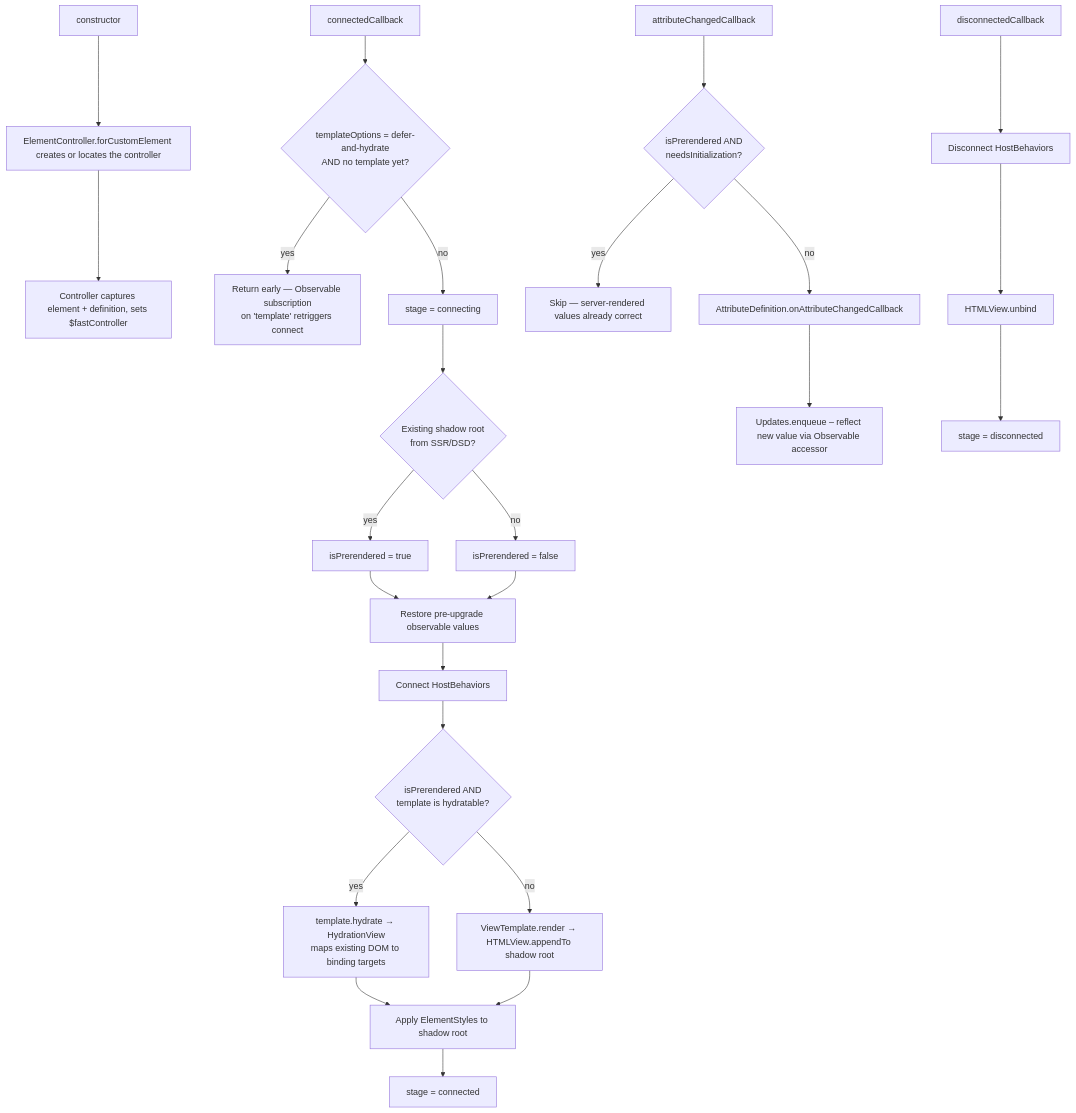
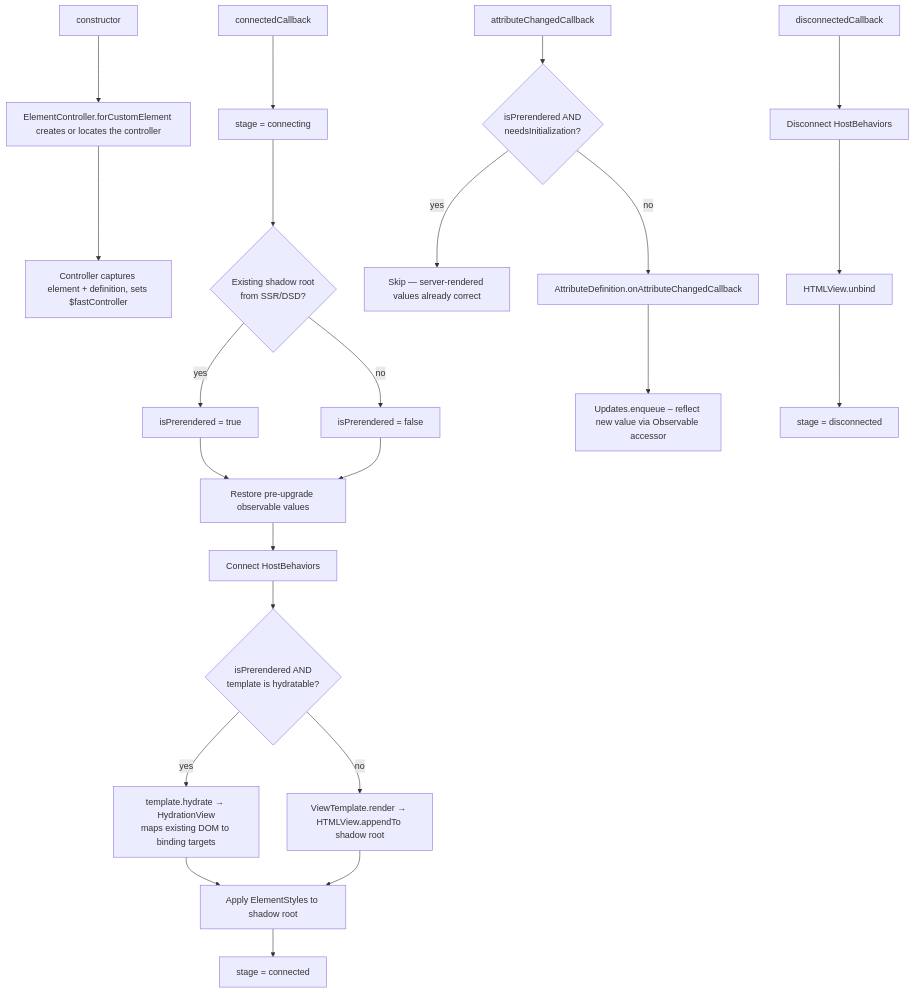
Before and after one commit to microsoft/fast: the second of 4 diagrams in packages/fast-element/DESIGN.md, drawn with Mermaid. The commit also changed other lines of this file and 64 other files, not shown here.

````diff
--- a/packages/fast-element/DESIGN.md
+++ b/packages/fast-element/DESIGN.md
@@ -373,30 +373,28 @@
 ```mermaid
 flowchart TD
     CTOR[constructor] --> EC[ElementController.forCustomElement creates or locates the controller]
     EC --> ATTACH[Controller captures element + definition, sets $fastController]
 
-    CONN[connectedCallback] --> TGUARD{templateOptions = defer-and-hydrate\nAND no template yet?}
-    TGUARD -->|yes| WAIT[Return early — Observable subscription\non 'template' retriggers connect]
-    TGUARD -->|no| STAGE[stage = connecting]
+    CONN[connectedCallback] --> STAGE[stage = connecting]
     STAGE --> PRERENDER{Existing shadow root\nfrom SSR/DSD?}
     PRERENDER -->|yes| SETFLAG[isPrerendered = true]
     PRERENDER -->|no| NORMAL[isPrerendered = false]
     SETFLAG --> OBS[Restore pre-upgrade observable values]
     NORMAL --> OBS
     OBS --> BEHAV[Connect HostBehaviors]
     BEHAV --> RENDER{isPrerendered AND\ntemplate is hydratable?}
     RENDER -->|yes| HYDRATE[template.hydrate → HydrationView\nmaps existing DOM to binding targets]
     RENDER -->|no| CLONE[ViewTemplate.render → HTMLView.appendTo shadow root]
     HYDRATE --> STYLES[Apply ElementStyles to shadow root]
     CLONE --> STYLES
     STYLES --> DONE[stage = connected]
 
     ATTR[attributeChangedCallback] --> ATTRGUARD{isPrerendered AND\nneedsInitialization?}
     ATTRGUARD -->|yes| SKIP[Skip — server-rendered values already correct]
     ATTRGUARD -->|no| ACD[AttributeDefinition.onAttributeChangedCallback]
     ACD --> ENQ[Updates.enqueue – reflect new value via Observable accessor]
 
     DISC[disconnectedCallback] --> DBEHAV[Disconnect HostBehaviors]
     DBEHAV --> UNBIND[HTMLView.unbind]
     UNBIND --> DSTAGE[stage = disconnected]
 ```
````
